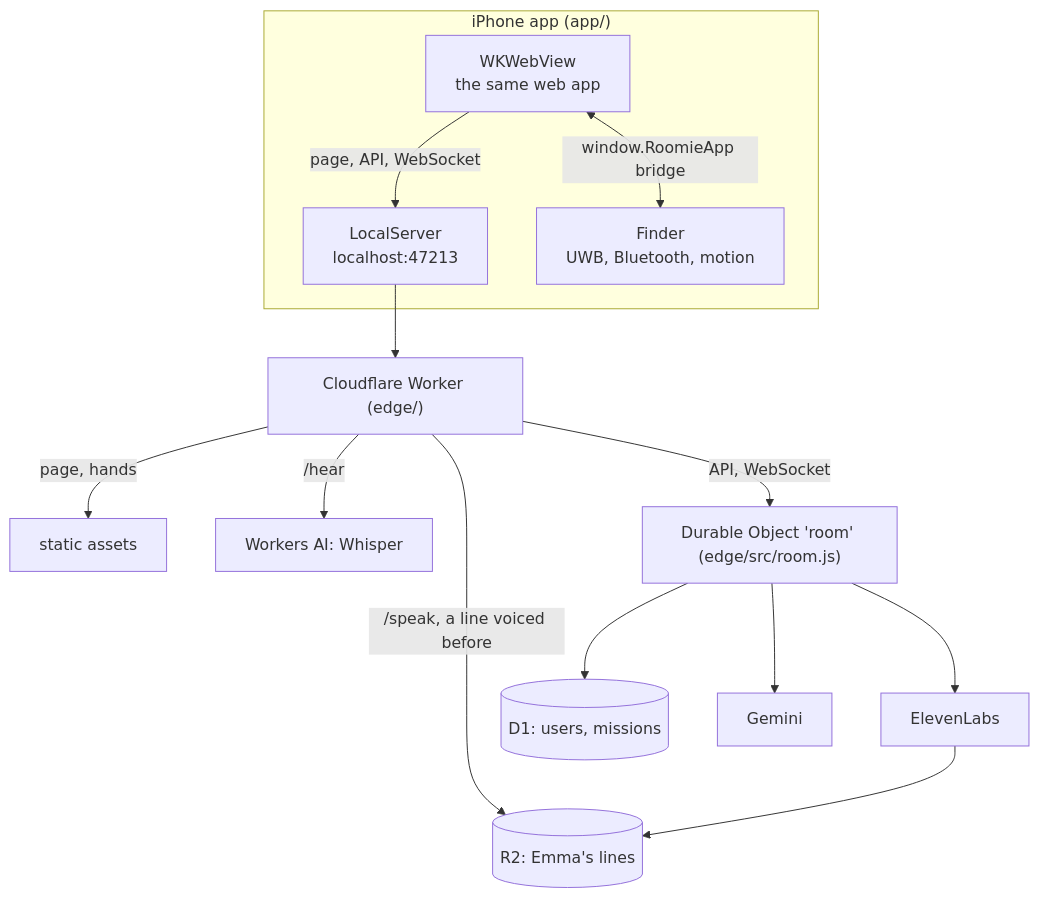
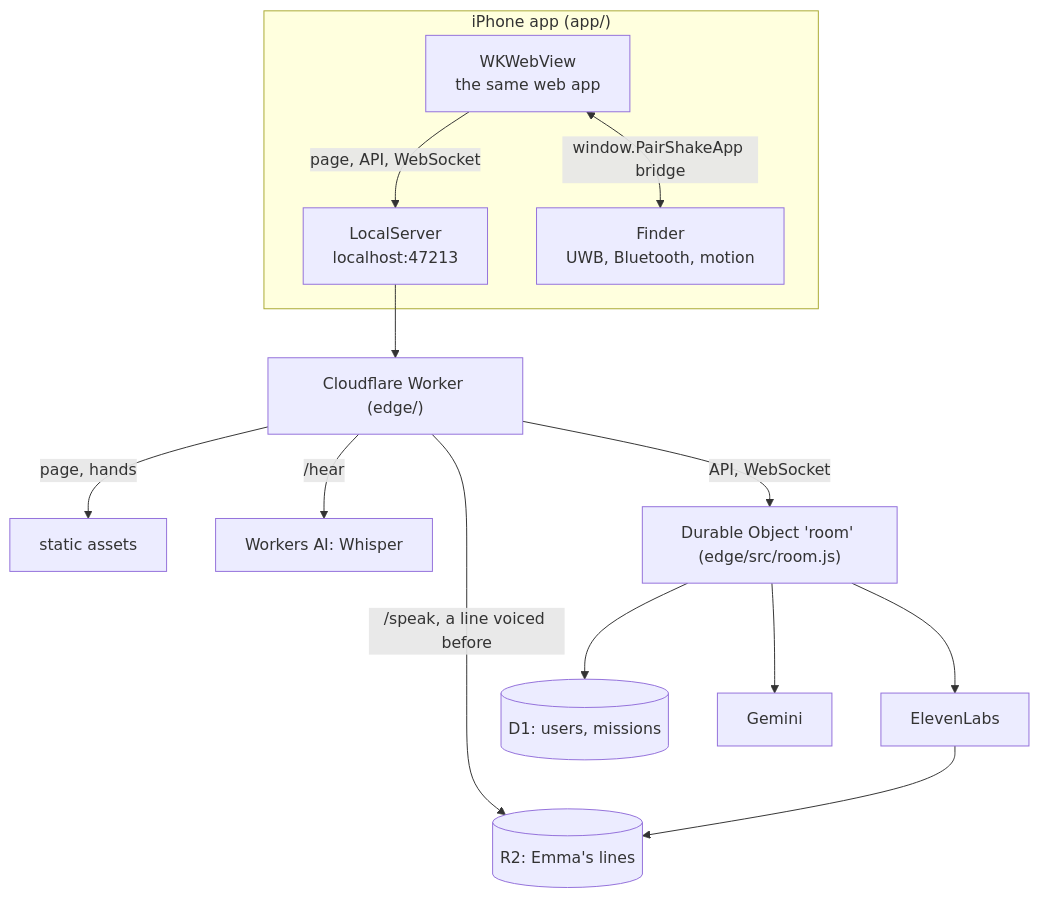
One commit to xgre1/pairshake changed the diagram in docs/architecture.md. Above: the diagram before and after it, drawn with Mermaid. The commit also changed other lines of this file and 25 other files, not shown here.

First line of the commit message:
Rename the iPhone app to PairShake everywhere

````diff
--- a/docs/architecture.md
+++ b/docs/architecture.md
@@ -5,19 +5,19 @@
 ```mermaid
 flowchart TB
   subgraph Phone["iPhone app (app/)"]
     WV["WKWebView<br/>the same web app"]
     LS["LocalServer<br/>localhost:47213"]
     F["Finder<br/>UWB, Bluetooth, motion"]
     WV -- "page, API, WebSocket" --> LS
-    WV <-- "window.RoomieApp bridge" --> F
+    WV <-- "window.PairShakeApp bridge" --> F
   end
   LS --> W["Cloudflare Worker (edge/)"]
   W -- "page, hands" --> EA["static assets"]
   W -- "/hear" --> AI["Workers AI: Whisper"]
   W -- "/speak, a line voiced before" --> R2[("R2: Emma's lines")]
   W -- "API, WebSocket" --> S["Durable Object 'room' (edge/src/room.js)"]
   S --> ST[("D1: users, missions")]
   S --> LLM["Gemini"]
   S --> TTS["ElevenLabs"]
   TTS --> R2
 ```
````
